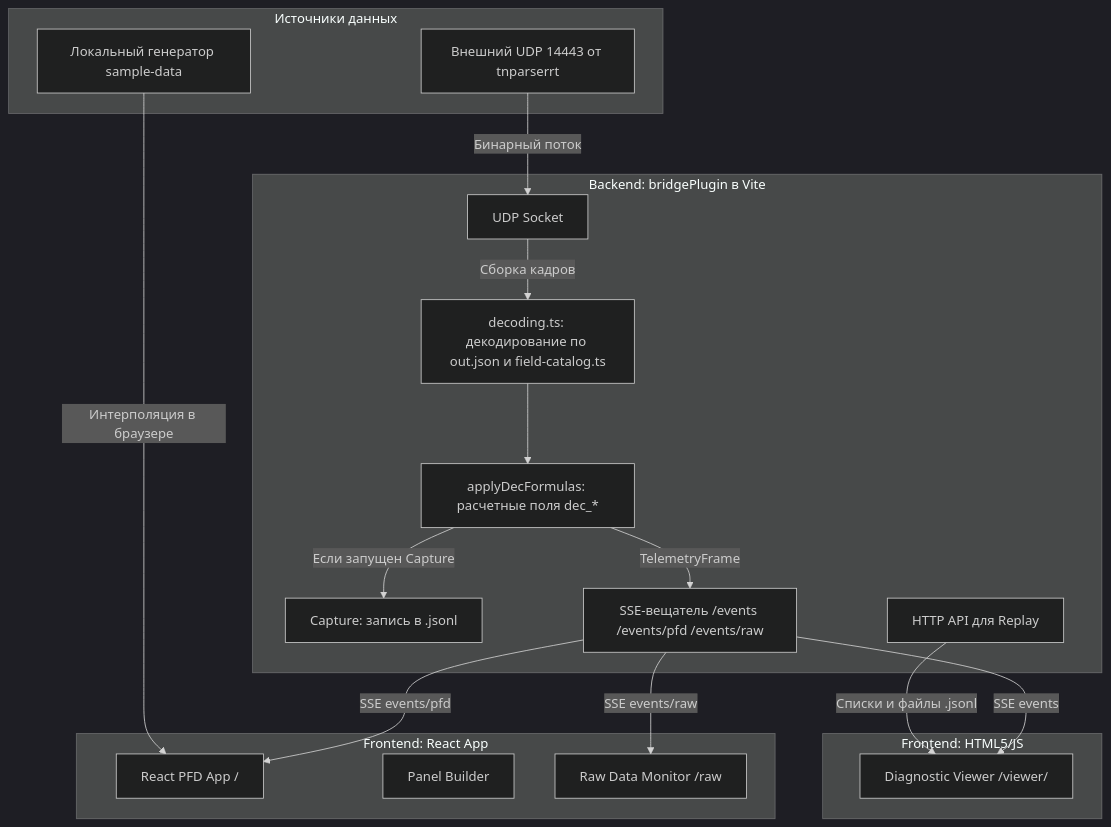
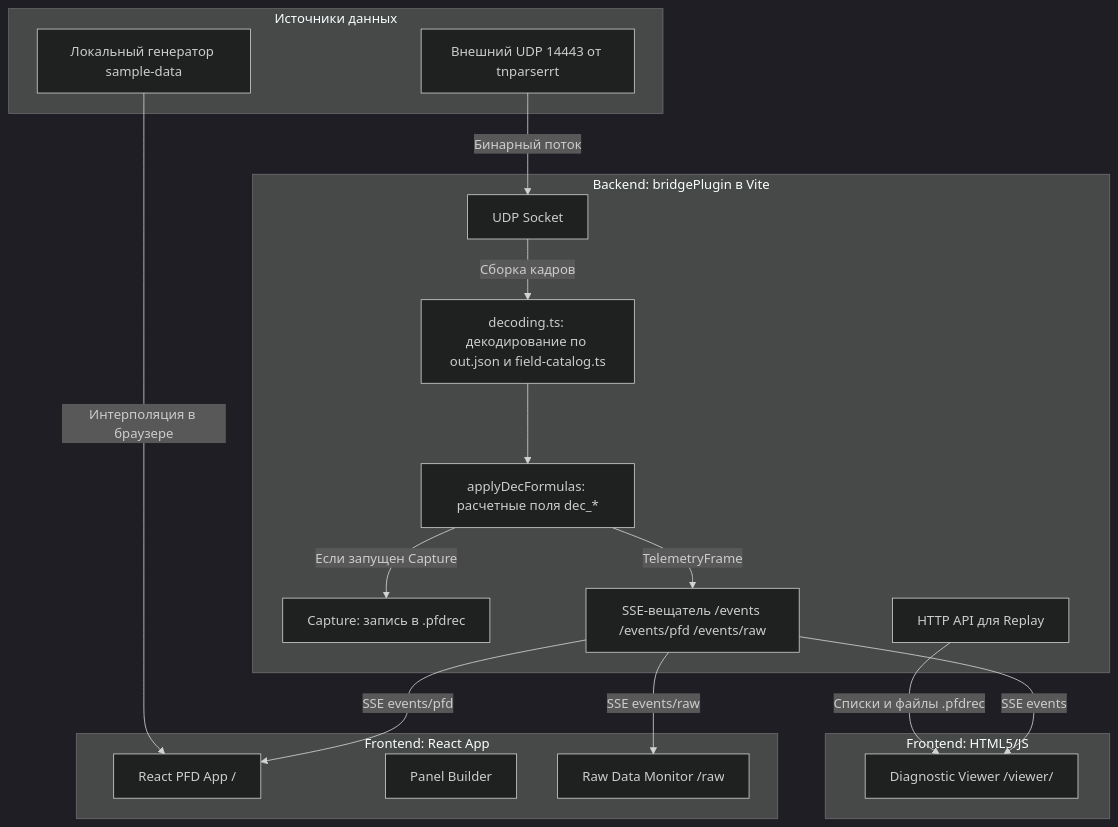
The diagram in analysis_results.md (danmas/Pilot_3d_PFD), drawn with Mermaid (dark theme) before and after one commit. The commit also changed other lines of this file and 10 other files, not shown here.

Commit message:
v2.5.2 — 10 graph instruments: CAS, Alt, Roll, Pitch, Vy, Heading, AoA, N1, G-Load, Radio Alt

````diff
--- a/analysis_results.md
+++ b/analysis_results.md
@@ -11,42 +11,42 @@
 ```mermaid
 graph TD
     subgraph Источники данных
         UDP[Внешний UDP 14443 от tnparserrt]
         Sample[Локальный генератор sample-data]
     end
 
     subgraph Backend: bridgePlugin в Vite
         Socket[UDP Socket]
         Decoder[decoding.ts: декодирование по out.json и field-catalog.ts]
         Formulas[applyDecFormulas: расчетные поля dec_*]
-        Capture[Capture: запись в .jsonl]
+        Capture[Capture: запись в .pfdrec]
         SSE[SSE-вещатель /events /events/pfd /events/raw]
         API[HTTP API для Replay]
     end
 
     subgraph Frontend: React App
         PFD[React PFD App /]
         Builder[Panel Builder]
         RawMon[Raw Data Monitor /raw]
     end
 
     subgraph Frontend: HTML5/JS
         Viewer[Diagnostic Viewer /viewer/]
     end
 
     %% Потоки живых данных
     UDP -->|Бинарный поток| Socket
     Socket -->|Сборка кадров| Decoder
     Decoder --> Formulas
     Formulas -->|TelemetryFrame| SSE
     Formulas -->|Если запущен Capture| Capture
 
     %% Потоки SSE
     SSE -->|SSE events/pfd| PFD
     SSE -->|SSE events/raw| RawMon
     SSE -->|SSE events| Viewer
 
     %% Потоки Replay
-    API -->|Списки и файлы .jsonl| Viewer
+    API -->|Списки и файлы .pfdrec| Viewer
     Sample -->|Интерполяция в браузере| PFD
 ```
````
